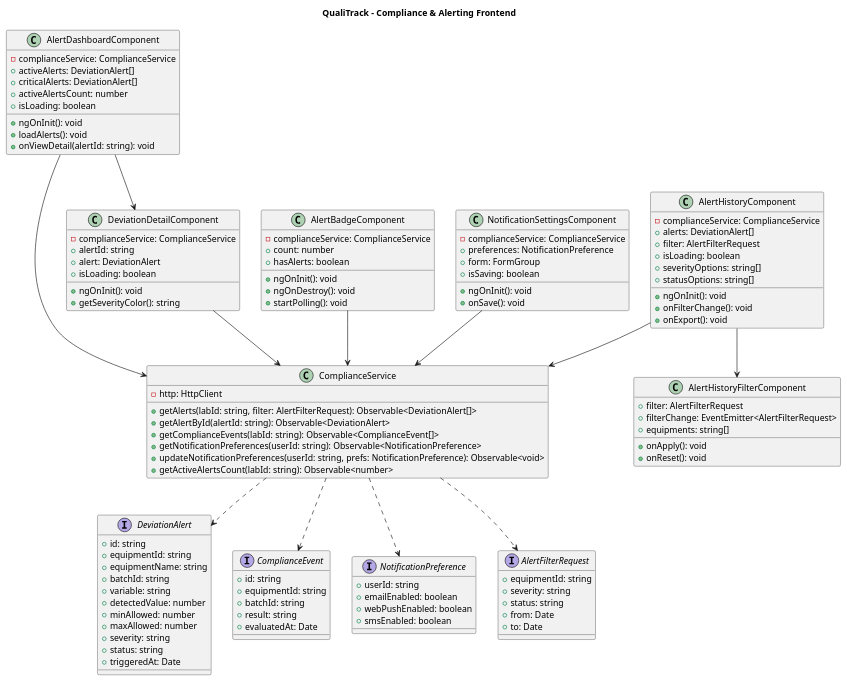
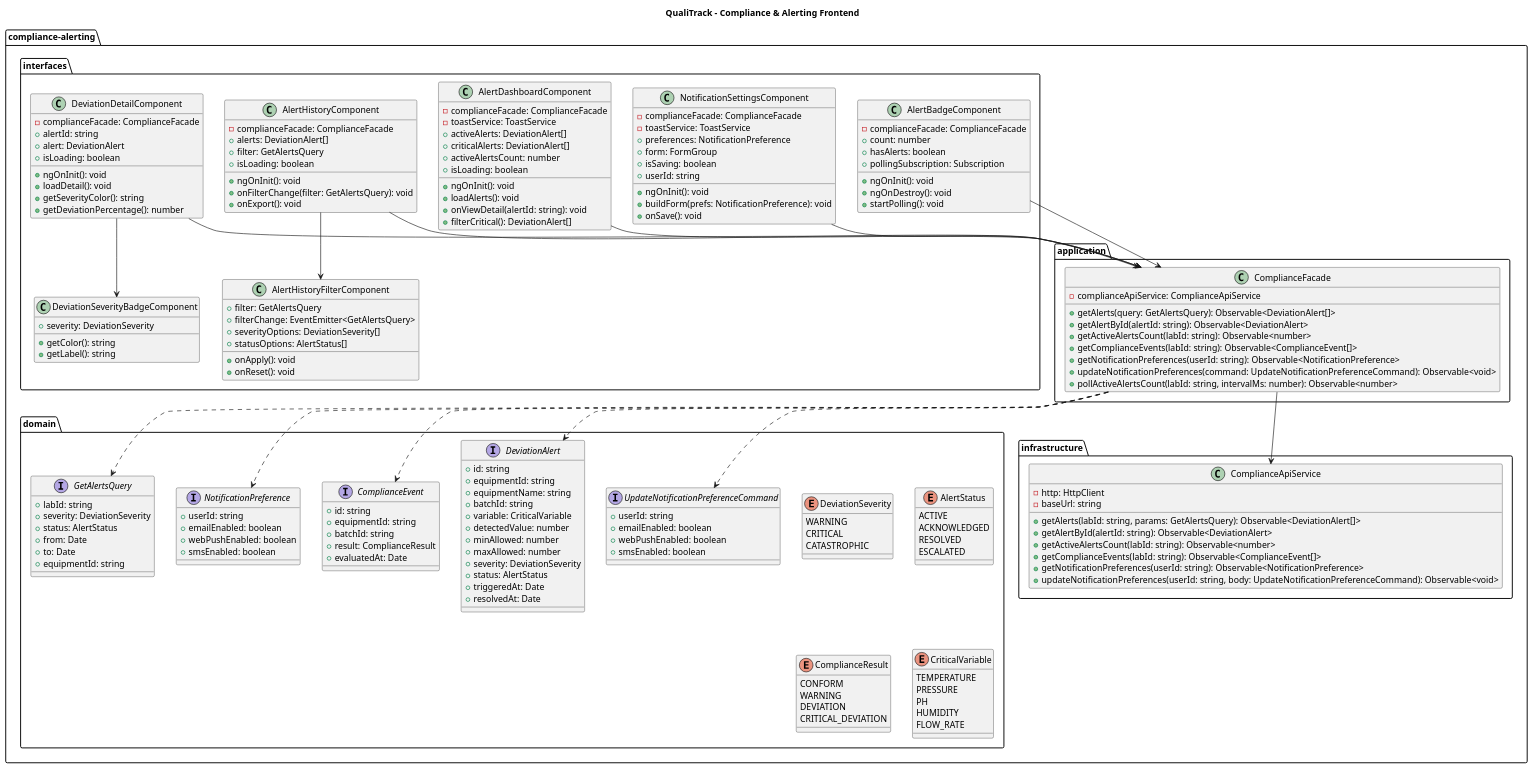
The diagram in docs/diagrams/ca/ca-frontend-diagram.puml (ClosedSource-11848/ClosedSource-Frontend), drawn with PlantUML before and after one commit.

Commit message:
feat(docs): fix compliance frontend diagram.

```diff
--- a/docs/diagrams/ca/ca-frontend-diagram.puml
+++ b/docs/diagrams/ca/ca-frontend-diagram.puml
@@ -1,122 +1,201 @@
 @startuml compliance-frontend-diagram
 title QualiTrack – Compliance & Alerting Frontend
 
-interface DeviationAlert {
-  +id: string
-  +equipmentId: string
-  +equipmentName: string
-  +batchId: string
-  +variable: string
-  +detectedValue: number
-  +minAllowed: number
-  +maxAllowed: number
-  +severity: string
-  +status: string
-  +triggeredAt: Date
+package "compliance-alerting" {
+
+  package "domain" {
+
+    interface DeviationAlert {
+      +id: string
+      +equipmentId: string
+      +equipmentName: string
+      +batchId: string
+      +variable: CriticalVariable
+      +detectedValue: number
+      +minAllowed: number
+      +maxAllowed: number
+      +severity: DeviationSeverity
+      +status: AlertStatus
+      +triggeredAt: Date
+      +resolvedAt: Date
+    }
+
+    interface ComplianceEvent {
+      +id: string
+      +equipmentId: string
+      +batchId: string
+      +result: ComplianceResult
+      +evaluatedAt: Date
+    }
+
+    interface NotificationPreference {
+      +userId: string
+      +emailEnabled: boolean
+      +webPushEnabled: boolean
+      +smsEnabled: boolean
+    }
+
+    interface GetAlertsQuery {
+      +labId: string
+      +severity: DeviationSeverity
+      +status: AlertStatus
+      +from: Date
+      +to: Date
+      +equipmentId: string
+    }
+
+    interface UpdateNotificationPreferenceCommand {
+      +userId: string
+      +emailEnabled: boolean
+      +webPushEnabled: boolean
+      +smsEnabled: boolean
+    }
+
+    enum DeviationSeverity {
+      WARNING
+      CRITICAL
+      CATASTROPHIC
+    }
+
+    enum AlertStatus {
+      ACTIVE
+      ACKNOWLEDGED
+      RESOLVED
+      ESCALATED
+    }
+
+    enum ComplianceResult {
+      CONFORM
+      WARNING
+      DEVIATION
+      CRITICAL_DEVIATION
+    }
+
+    enum CriticalVariable {
+      TEMPERATURE
+      PRESSURE
+      PH
+      HUMIDITY
+      FLOW_RATE
+    }
+  }
+
+  package "application" {
+
+    class ComplianceFacade {
+      -complianceApiService: ComplianceApiService
+      +getAlerts(query: GetAlertsQuery): Observable<DeviationAlert[]>
+      +getAlertById(alertId: string): Observable<DeviationAlert>
+      +getActiveAlertsCount(labId: string): Observable<number>
+      +getComplianceEvents(labId: string): Observable<ComplianceEvent[]>
+      +getNotificationPreferences(userId: string): Observable<NotificationPreference>
+      +updateNotificationPreferences(command: UpdateNotificationPreferenceCommand): Observable<void>
+      +pollActiveAlertsCount(labId: string, intervalMs: number): Observable<number>
+    }
+  }
+
+  package "infrastructure" {
+
+    class ComplianceApiService {
+      -http: HttpClient
+      -baseUrl: string
+      +getAlerts(labId: string, params: GetAlertsQuery): Observable<DeviationAlert[]>
+      +getAlertById(alertId: string): Observable<DeviationAlert>
+      +getActiveAlertsCount(labId: string): Observable<number>
+      +getComplianceEvents(labId: string): Observable<ComplianceEvent[]>
+      +getNotificationPreferences(userId: string): Observable<NotificationPreference>
+      +updateNotificationPreferences(userId: string, body: UpdateNotificationPreferenceCommand): Observable<void>
+    }
+  }
+
+  package "interfaces" {
+
+    class AlertDashboardComponent {
+      -complianceFacade: ComplianceFacade
+      -toastService: ToastService
+      +activeAlerts: DeviationAlert[]
+      +criticalAlerts: DeviationAlert[]
+      +activeAlertsCount: number
+      +isLoading: boolean
+      +ngOnInit(): void
+      +loadAlerts(): void
+      +onViewDetail(alertId: string): void
+      +filterCritical(): DeviationAlert[]
+    }
+
+    class AlertHistoryComponent {
+      -complianceFacade: ComplianceFacade
+      +alerts: DeviationAlert[]
+      +filter: GetAlertsQuery
+      +isLoading: boolean
+      +ngOnInit(): void
+      +onFilterChange(filter: GetAlertsQuery): void
+      +onExport(): void
+    }
+
+    class AlertHistoryFilterComponent {
+      +filter: GetAlertsQuery
+      +filterChange: EventEmitter<GetAlertsQuery>
+      +severityOptions: DeviationSeverity[]
+      +statusOptions: AlertStatus[]
+      +onApply(): void
+      +onReset(): void
+    }
+
+    class DeviationDetailComponent {
+      -complianceFacade: ComplianceFacade
+      +alertId: string
+      +alert: DeviationAlert
+      +isLoading: boolean
+      +ngOnInit(): void
+      +loadDetail(): void
+      +getSeverityColor(): string
+      +getDeviationPercentage(): number
+    }
+
+    class AlertBadgeComponent {
+      -complianceFacade: ComplianceFacade
+      +count: number
+      +hasAlerts: boolean
+      +pollingSubscription: Subscription
+      +ngOnInit(): void
+      +ngOnDestroy(): void
+      +startPolling(): void
+    }
+
+    class NotificationSettingsComponent {
+      -complianceFacade: ComplianceFacade
+      -toastService: ToastService
+      +preferences: NotificationPreference
+      +form: FormGroup
+      +isSaving: boolean
+      +userId: string
+      +ngOnInit(): void
+      +buildForm(prefs: NotificationPreference): void
+      +onSave(): void
+    }
+
+    class DeviationSeverityBadgeComponent {
+      +severity: DeviationSeverity
+      +getColor(): string
+      +getLabel(): string
+    }
+  }
 }
 
-interface ComplianceEvent {
-  +id: string
-  +equipmentId: string
-  +batchId: string
-  +result: string
-  +evaluatedAt: Date
-}
+ComplianceFacade --> ComplianceApiService
+ComplianceFacade ..> DeviationAlert
+ComplianceFacade ..> ComplianceEvent
+ComplianceFacade ..> NotificationPreference
+ComplianceFacade ..> GetAlertsQuery
+ComplianceFacade ..> UpdateNotificationPreferenceCommand
 
-interface NotificationPreference {
-  +userId: string
-  +emailEnabled: boolean
-  +webPushEnabled: boolean
-  +smsEnabled: boolean
-}
-
-interface AlertFilterRequest {
-  +equipmentId: string
-  +severity: string
-  +status: string
-  +from: Date
-  +to: Date
-}
-
-class ComplianceService {
-  -http: HttpClient
-  +getAlerts(labId: string, filter: AlertFilterRequest): Observable<DeviationAlert[]>
-  +getAlertById(alertId: string): Observable<DeviationAlert>
-  +getComplianceEvents(labId: string): Observable<ComplianceEvent[]>
-  +getNotificationPreferences(userId: string): Observable<NotificationPreference>
-  +updateNotificationPreferences(userId: string, prefs: NotificationPreference): Observable<void>
-  +getActiveAlertsCount(labId: string): Observable<number>
-}
-
-class AlertDashboardComponent {
-  -complianceService: ComplianceService
-  +activeAlerts: DeviationAlert[]
-  +criticalAlerts: DeviationAlert[]
-  +activeAlertsCount: number
-  +isLoading: boolean
-  +ngOnInit(): void
-  +loadAlerts(): void
-  +onViewDetail(alertId: string): void
-}
-
-class AlertHistoryComponent {
-  -complianceService: ComplianceService
-  +alerts: DeviationAlert[]
-  +filter: AlertFilterRequest
-  +isLoading: boolean
-  +severityOptions: string[]
-  +statusOptions: string[]
-  +ngOnInit(): void
-  +onFilterChange(): void
-  +onExport(): void
-}
-
-class AlertHistoryFilterComponent {
-  +filter: AlertFilterRequest
-  +filterChange: EventEmitter<AlertFilterRequest>
-  +equipments: string[]
-  +onApply(): void
-  +onReset(): void
-}
-
-class DeviationDetailComponent {
-  -complianceService: ComplianceService
-  +alertId: string
-  +alert: DeviationAlert
-  +isLoading: boolean
-  +ngOnInit(): void
-  +getSeverityColor(): string
-}
-
-class AlertBadgeComponent {
-  -complianceService: ComplianceService
-  +count: number
-  +hasAlerts: boolean
-  +ngOnInit(): void
-  +ngOnDestroy(): void
-  +startPolling(): void
-}
-
-class NotificationSettingsComponent {
-  -complianceService: ComplianceService
-  +preferences: NotificationPreference
-  +form: FormGroup
-  +isSaving: boolean
-  +ngOnInit(): void
-  +onSave(): void
-}
-
-AlertDashboardComponent --> ComplianceService
-AlertDashboardComponent --> DeviationDetailComponent
-AlertHistoryComponent --> ComplianceService
+AlertDashboardComponent --> ComplianceFacade
+AlertHistoryComponent --> ComplianceFacade
 AlertHistoryComponent --> AlertHistoryFilterComponent
-DeviationDetailComponent --> ComplianceService
-AlertBadgeComponent --> ComplianceService
-NotificationSettingsComponent --> ComplianceService
-
-ComplianceService ..> DeviationAlert
-ComplianceService ..> ComplianceEvent
-ComplianceService ..> NotificationPreference
-ComplianceService ..> AlertFilterRequest
+DeviationDetailComponent --> ComplianceFacade
+DeviationDetailComponent --> DeviationSeverityBadgeComponent
+AlertBadgeComponent --> ComplianceFacade
+NotificationSettingsComponent --> ComplianceFacade
 
 @enduml
```
